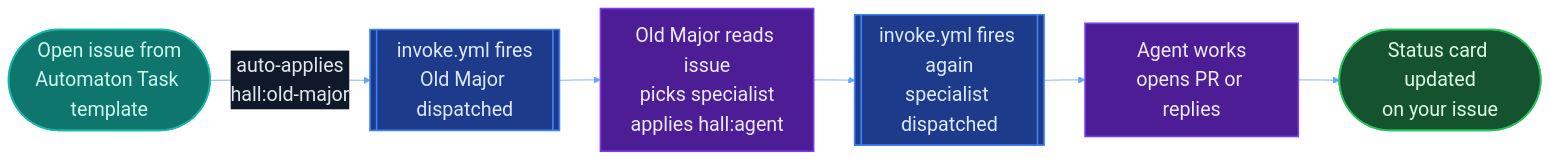
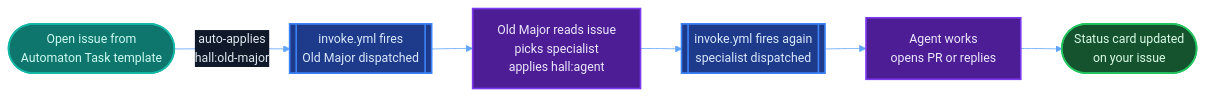
One commit to MockaSort-Studio/hall-of-automata changed the diagram in codex/how-to-invoke.md. Above: the diagram before and after it, drawn with Mermaid. The commit also changed 1 other file, not shown here.

Commit message:
changed font size

````diff
--- a/codex/how-to-invoke.md
+++ b/codex/how-to-invoke.md
@@ -21,20 +21,20 @@
 ```mermaid
-%%{init: {'theme': 'base', 'themeVariables': {'fontSize': '24px', 'primaryColor': '#1e3a5f', 'primaryTextColor': '#e2e8f0', 'primaryBorderColor': '#3b82f6', 'lineColor': '#60a5fa', 'secondaryColor': '#1e293b', 'tertiaryColor': '#0f1929', 'clusterBkg': '#0d1b2e', 'clusterBorder': '#334155', 'titleColor': '#c0cfe4', 'edgeLabelBackground': '#0f1929'}}}%%
+%%{init: {'theme': 'base', 'themeVariables': {'fontSize': '15px', 'primaryColor': '#1e3a5f', 'primaryTextColor': '#e2e8f0', 'primaryBorderColor': '#3b82f6', 'lineColor': '#60a5fa', 'secondaryColor': '#1e293b', 'tertiaryColor': '#0f1929', 'clusterBkg': '#0d1b2e', 'clusterBorder': '#334155', 'titleColor': '#c0cfe4', 'edgeLabelBackground': '#0f1929'}}}%%
 
 graph LR
     A([Open issue from\nAutomaton Task template]) -->|auto-applies\nhall:old-major| B
     B[[invoke.yml fires\nOld Major dispatched]] --> C
     C[Old Major reads issue\npicks specialist\napplies hall:agent] --> D
     D[[invoke.yml fires again\nspecialist dispatched]] --> E
     E[Agent works\nopens PR or replies] --> F([Status card updated\non your issue])
 
     classDef user fill:#0f766e,stroke:#14b8a6,color:#ccfbf1,stroke-width:2px
     classDef system fill:#1e3a8a,stroke:#3b82f6,color:#dbeafe,stroke-width:2px
     classDef agent fill:#4c1d95,stroke:#7c3aed,color:#ede9fe,stroke-width:2px
     classDef success fill:#14532d,stroke:#22c55e,color:#dcfce7,stroke-width:2px
 
     class A user
     class B,D system
     class C,E agent
     class F success
 ```
````
